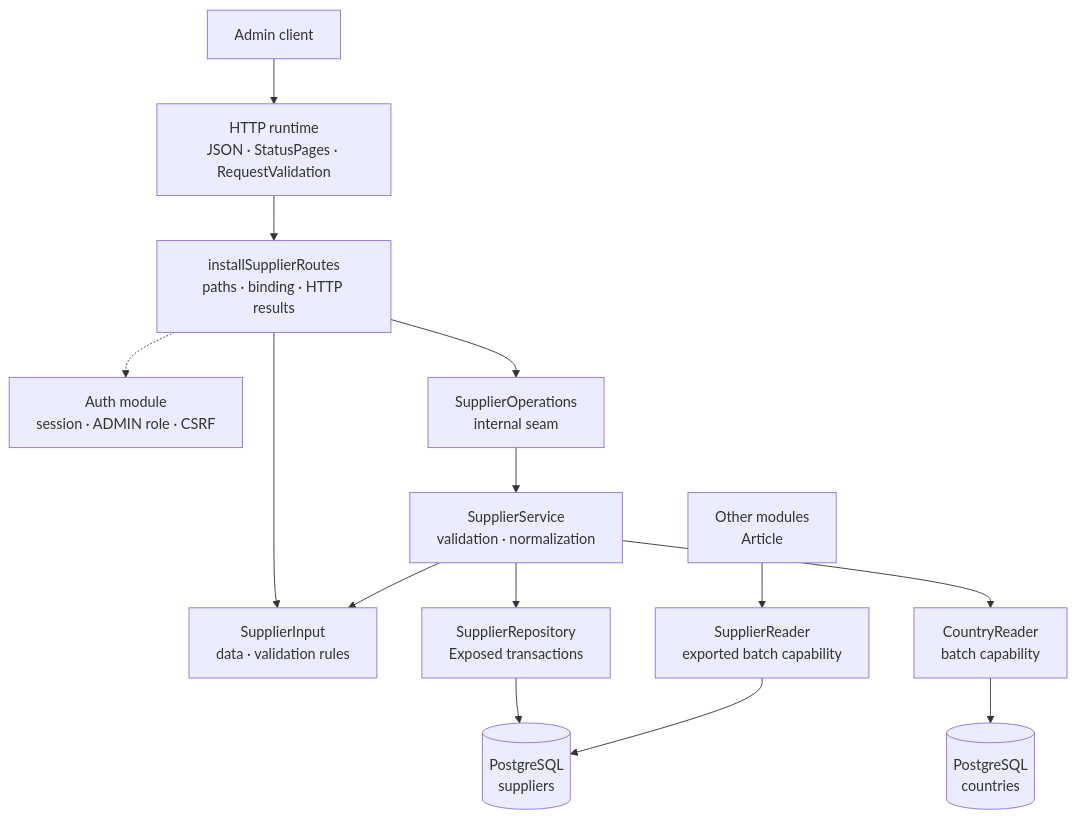
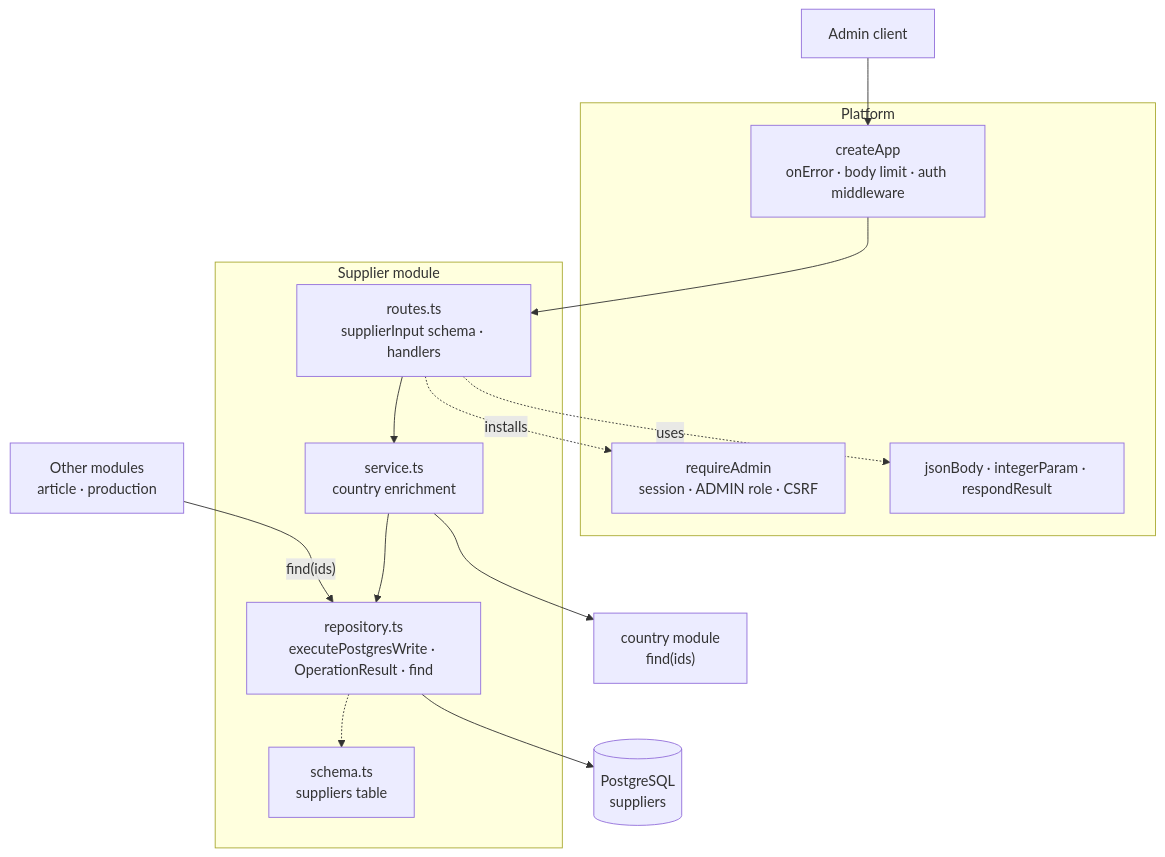
One commit to bitstorm-tech/voenix-shop-kotlin changed the diagram in docs/dev/backend/packages/supplier-package.md. Above: the diagram before and after it, drawn with Mermaid. The commit also changed other lines of this file and 1061 other files, not shown here.

````diff
--- a/docs/dev/backend/packages/supplier-package.md
+++ b/docs/dev/backend/packages/supplier-package.md
@@ -28,29 +26,31 @@
 ```mermaid
 flowchart TB
     Client["Admin client"]
-    Http["HTTP runtime<br/>JSON · StatusPages · RequestValidation"]
-    Auth["Auth module<br/>session · ADMIN role · CSRF"]
-    Routes["installSupplierRoutes<br/>paths · binding · HTTP results"]
-    Input["SupplierInput<br/>data · validation rules"]
-    Operations["SupplierOperations<br/>internal seam"]
-    Service["SupplierService<br/>validation · normalization"]
-    Repository["SupplierRepository<br/>Exposed transactions"]
-    CountryReader["CountryReader<br/>batch capability"]
-    SupplierReader["SupplierReader<br/>exported batch capability"]
-    Consumer["Other modules<br/>Article"]
-    Suppliers[("PostgreSQL<br/>suppliers")]
-    Countries[("PostgreSQL<br/>countries")]
 
-    Client --> Http --> Routes
-    Routes -.-> Auth
-    Routes --> Input
-    Routes --> Operations
-    Operations --> Service
-    Service --> Input
+    subgraph Platform["Platform"]
+        App["createApp<br/>onError · body limit · auth middleware"]
+        Auth["requireAdmin<br/>session · ADMIN role · CSRF"]
+        Respond["jsonBody · integerParam · respondResult"]
+    end
+
+    subgraph Supplier["Supplier module"]
+        Routes["routes.ts<br/>supplierInput schema · handlers"]
+        Service["service.ts<br/>country enrichment"]
+        Repository["repository.ts<br/>executePostgresWrite · OperationResult · find"]
+        Schema["schema.ts<br/>suppliers table"]
+    end
+
+    CountryFind["country module<br/>find(ids)"]
+    Consumer["Other modules<br/>article · production"]
+    Database[("PostgreSQL<br/>suppliers")]
+
+    Client --> App --> Routes
+    Routes -.->|"installs"| Auth
+    Routes -.->|"uses"| Respond
+    Routes --> Service
     Service --> Repository
-    Repository --> Suppliers
-    Service --> CountryReader
-    CountryReader --> Countries
-    Consumer --> SupplierReader
-    SupplierReader --> Suppliers
+    Service --> CountryFind
+    Repository --> Database
+    Repository -.-> Schema
+    Consumer -->|"find(ids)"| Repository
 ```
````
